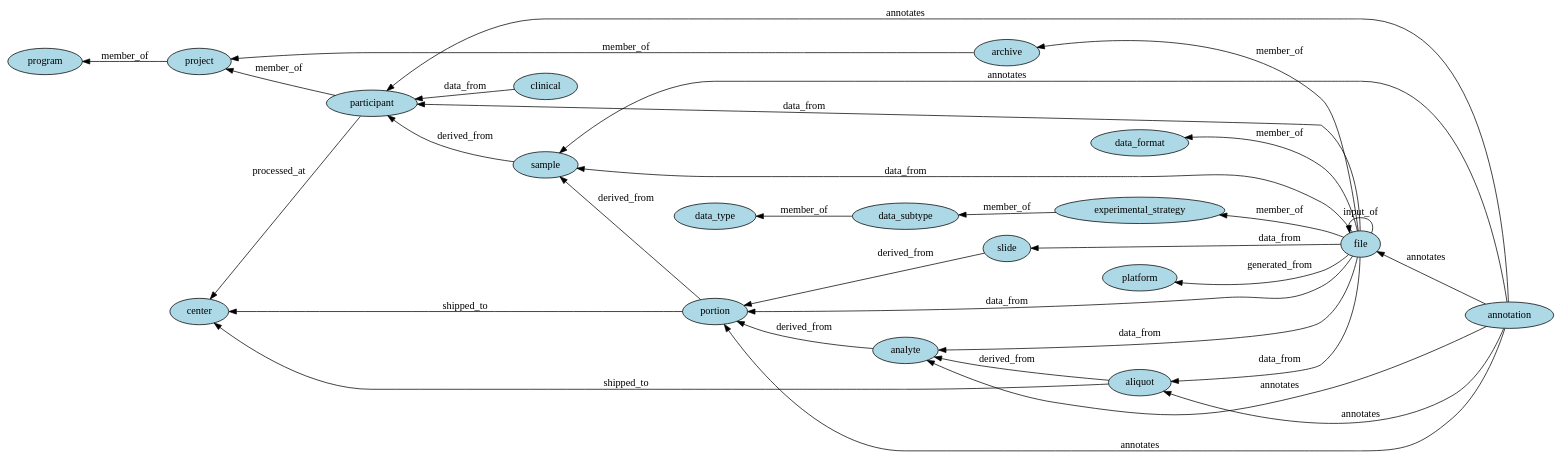
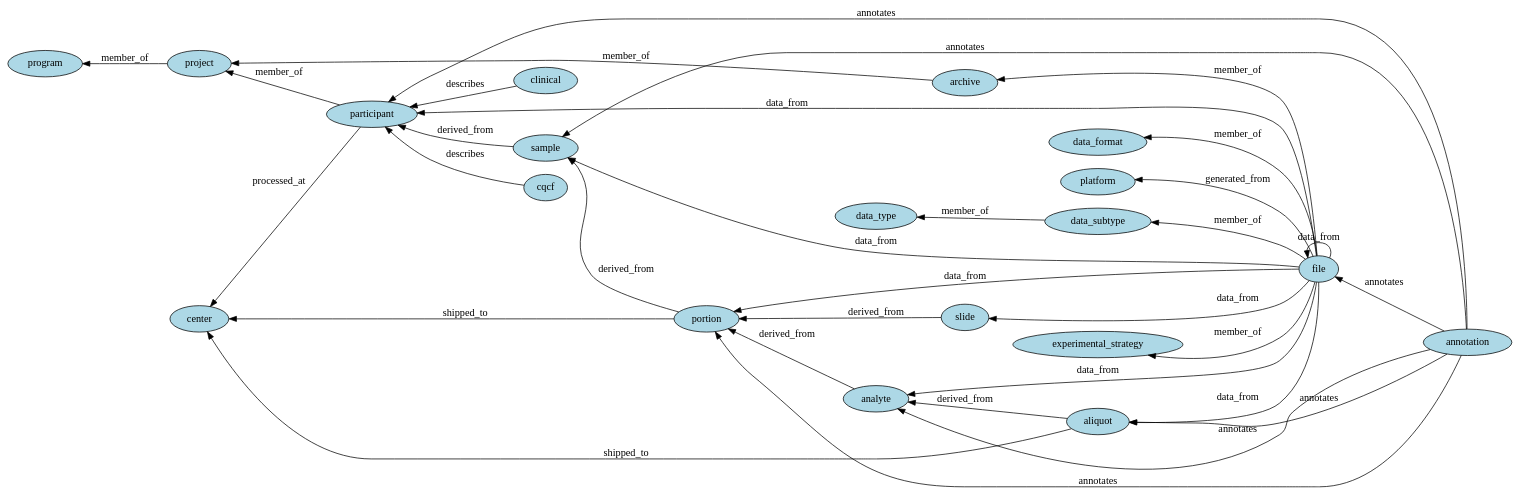
Before and after one commit to NCI-GDC/gdcdatamodel: the diagram in avro/viz/gdc_data_model.gv, drawn with Graphviz. The commit also changed 12 other files, not shown here.

```diff
--- a/avro/viz/gdc_data_model.gv
+++ b/avro/viz/gdc_data_model.gv
@@ -1,54 +1,56 @@
 // High level graph representation of GDC data model
 digraph {
 	graph [rankdir=RL]
 	node [fillcolor=lightblue style=filled]
 		aliquot [label=aliquot]
 		analyte [label=analyte]
 		portion [label=portion]
 		sample [label=sample]
+		cqcf [label=cqcf]
 		participant [label=participant]
 		project [label=project]
 		program [label=program]
 		center [label=center]
 		platform [label=platform]
 		data_type [label=data_type]
 		data_subtype [label=data_subtype]
 		experimental_strategy [label=experimental_strategy]
 		data_format [label=data_format]
 		file [label=file]
 		archive [label=archive]
 		annotation [label=annotation]
 		clinical [label=clinical]
 		slide [label=slide]
 			aliquot -> analyte [label=derived_from]
 			analyte -> portion [label=derived_from]
 			portion -> sample [label=derived_from]
 			sample -> participant [label=derived_from]
 			slide -> portion [label=derived_from]
 			participant -> project [label=member_of]
 			project -> program [label=member_of]
 			archive -> project [label=member_of]
 			file -> archive [label=member_of]
 			file -> experimental_strategy [label=member_of]
+			file -> data_subtype [label=member_of]
 			file -> data_format [label=member_of]
-			experimental_strategy -> data_subtype [label=member_of]
 			data_subtype -> data_type [label=member_of]
 			participant -> center [label=processed_at]
 			file -> platform [label=generated_from]
 			file -> aliquot [label=data_from]
 			file -> analyte [label=data_from]
 			file -> portion [label=data_from]
 			file -> sample [label=data_from]
 			file -> participant [label=data_from]
 			file -> slide [label=data_from]
-			clinical -> participant [label=data_from]
+			file -> file [label=data_from]
+			clinical -> participant [label=describes]
+			cqcf -> participant [label=describes]
 			annotation -> participant [label=annotates]
 			annotation -> sample [label=annotates]
 			annotation -> portion [label=annotates]
 			annotation -> analyte [label=annotates]
 			annotation -> aliquot [label=annotates]
 			annotation -> file [label=annotates]
-			file -> file [label=input_of]
 			aliquot -> center [label=shipped_to]
 			portion -> center [label=shipped_to]
 }
```
